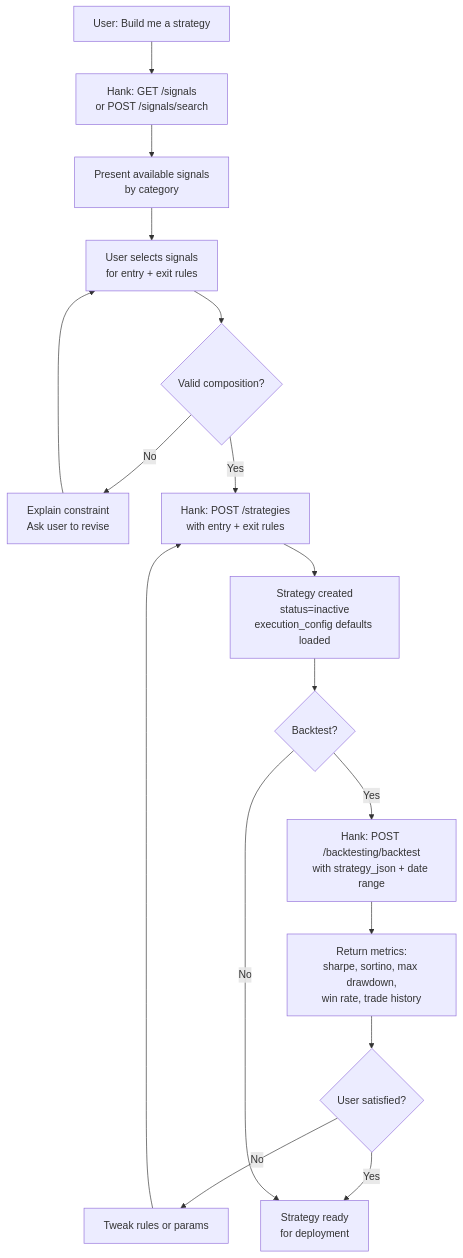
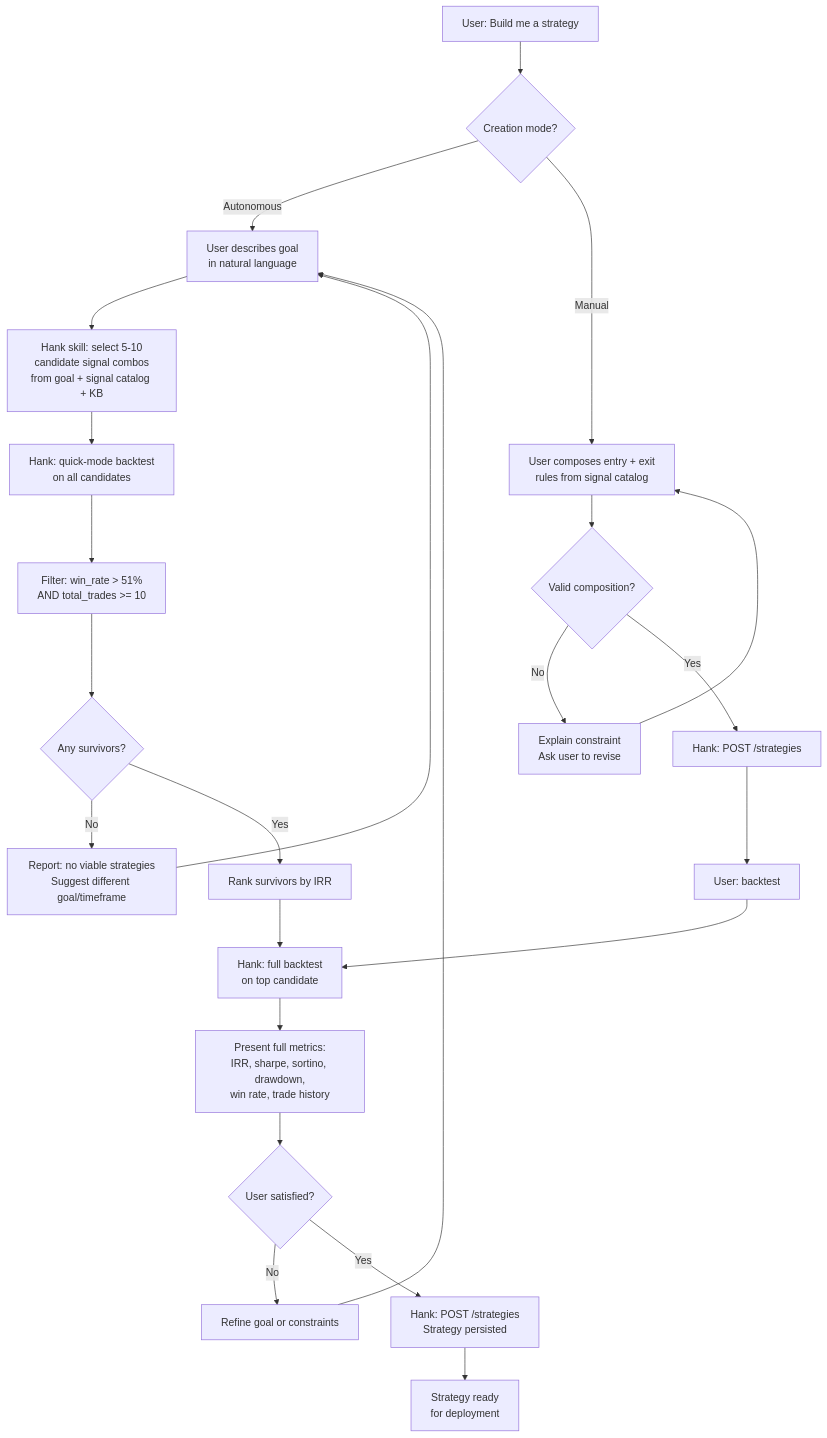
The second of 4 diagrams in docs/user-stories.md (MangroveTechnologies/app-in-a-box), drawn with Mermaid before and after one commit. The commit also changed other lines of this file, not shown here.

First line of the commit message:
revise user stories + flows with architecture decisions

````diff
--- a/docs/user-stories.md
+++ b/docs/user-stories.md
@@ -144,19 +185,26 @@
 ```mermaid
 flowchart TD
-    A[User: Build me a strategy] --> B[Hank: GET /signals<br/>or POST /signals/search]
-    B --> C[Present available signals<br/>by category]
-    C --> D[User selects signals<br/>for entry + exit rules]
-    D --> E{Valid composition?}
-    E -->|No| F[Explain constraint<br/>Ask user to revise]
-    F --> D
-    E -->|Yes| G[Hank: POST /strategies<br/>with entry + exit rules]
-    G --> H[Strategy created<br/>status=inactive<br/>execution_config defaults loaded]
-    H --> I{Backtest?}
-    I -->|Yes| J[Hank: POST /backtesting/backtest<br/>with strategy_json + date range]
-    J --> K[Return metrics:<br/>sharpe, sortino, max drawdown,<br/>win rate, trade history]
+    A[User: Build me a strategy] --> B{Creation mode?}
+    B -->|Autonomous| C[User describes goal<br/>in natural language]
+    C --> D[Hank skill: select 5-10<br/>candidate signal combos<br/>from goal + signal catalog + KB]
+    D --> E[Hank: quick-mode backtest<br/>on all candidates]
+    E --> F[Filter: win_rate > 51%<br/>AND total_trades >= 10]
+    F --> G{Any survivors?}
+    G -->|No| H[Report: no viable strategies<br/>Suggest different goal/timeframe]
+    H --> C
+    G -->|Yes| I[Rank survivors by IRR]
+    I --> J[Hank: full backtest<br/>on top candidate]
+    J --> K[Present full metrics:<br/>IRR, sharpe, sortino, drawdown,<br/>win rate, trade history]
     K --> L{User satisfied?}
-    L -->|No| M[Tweak rules or params]
-    M --> G
-    L -->|Yes| N[Strategy ready<br/>for deployment]
-    I -->|No| N
+    L -->|No| M[Refine goal or constraints]
+    M --> C
+    L -->|Yes| N[Hank: POST /strategies<br/>Strategy persisted]
+    B -->|Manual| O[User composes entry + exit<br/>rules from signal catalog]
+    O --> P{Valid composition?}
+    P -->|No| Q[Explain constraint<br/>Ask user to revise]
+    Q --> O
+    P -->|Yes| R[Hank: POST /strategies]
+    R --> S[User: backtest]
+    S --> J
+    N --> T[Strategy ready<br/>for deployment]
 ```
````
